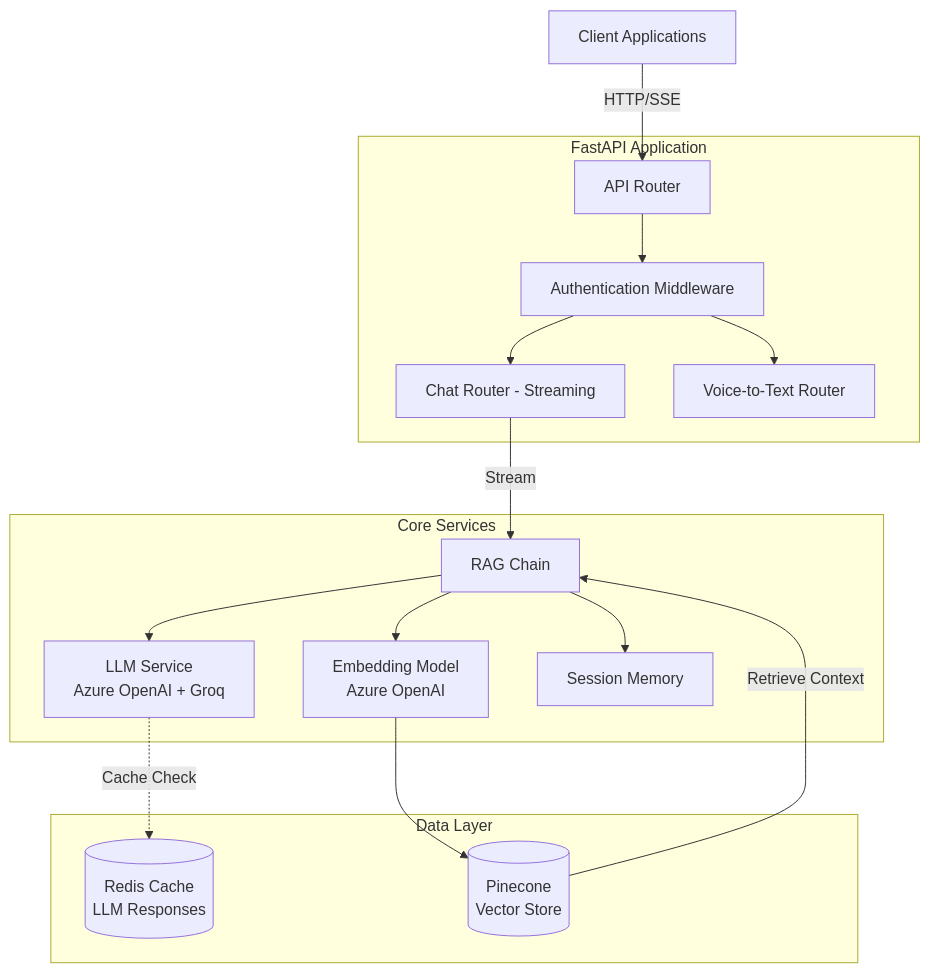
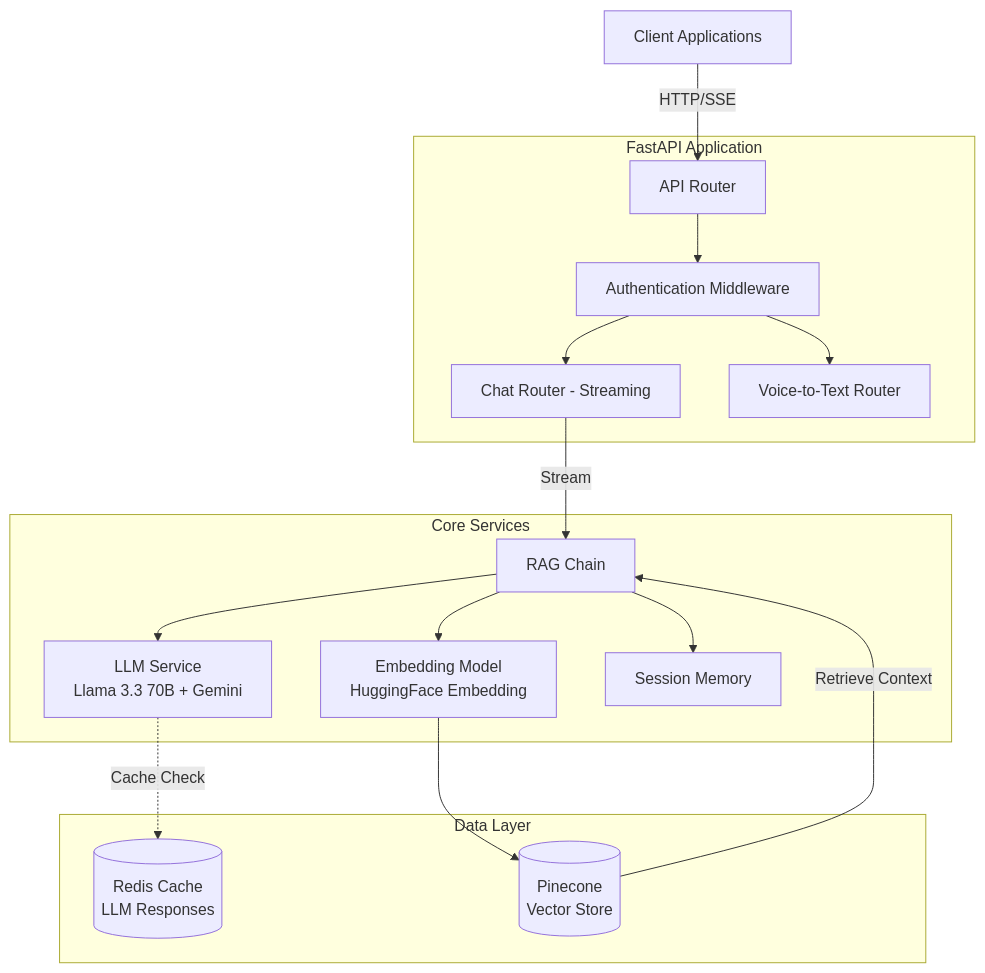
Before and after one commit to aadhil96/enterprice-rag-chatbot-microservice: the diagram in README.md, drawn with Mermaid. The commit also changed other lines of this file, not shown here.

````diff
--- a/README.md
+++ b/README.md
@@ -28,35 +28,35 @@
 ```mermaid
 graph TB
     Client[Client Applications]
     
     subgraph "FastAPI Application"
         Router[API Router]
         Auth[Authentication Middleware]
         ChatRouter[Chat Router - Streaming]
         VoiceRouter[Voice-to-Text Router]
     end
     
     subgraph "Core Services"
         RAG[RAG Chain]
-        LLM[LLM Service<br/>Azure OpenAI + Groq]
-        Embeddings[Embedding Model<br/>Azure OpenAI]
+        LLM[LLM Service<br/> Llama 3.3 70B + Gemini]
+        Embeddings[Embedding Model<br/>HuggingFace Embedding]
         Memory[Session Memory]
     end
     
     subgraph "Data Layer"
         Redis[(Redis Cache<br/>LLM Responses)]
         Pinecone[(Pinecone<br/>Vector Store)]
     end
     
     Client -->|HTTP/SSE| Router
     Router --> Auth
     Auth --> ChatRouter
     Auth --> VoiceRouter
     ChatRouter -->|Stream| RAG
     RAG --> Memory
     RAG --> LLM
     RAG --> Embeddings
     LLM -.->|Cache Check| Redis
     Embeddings --> Pinecone
     Pinecone -->|Retrieve Context| RAG
 ```
````
